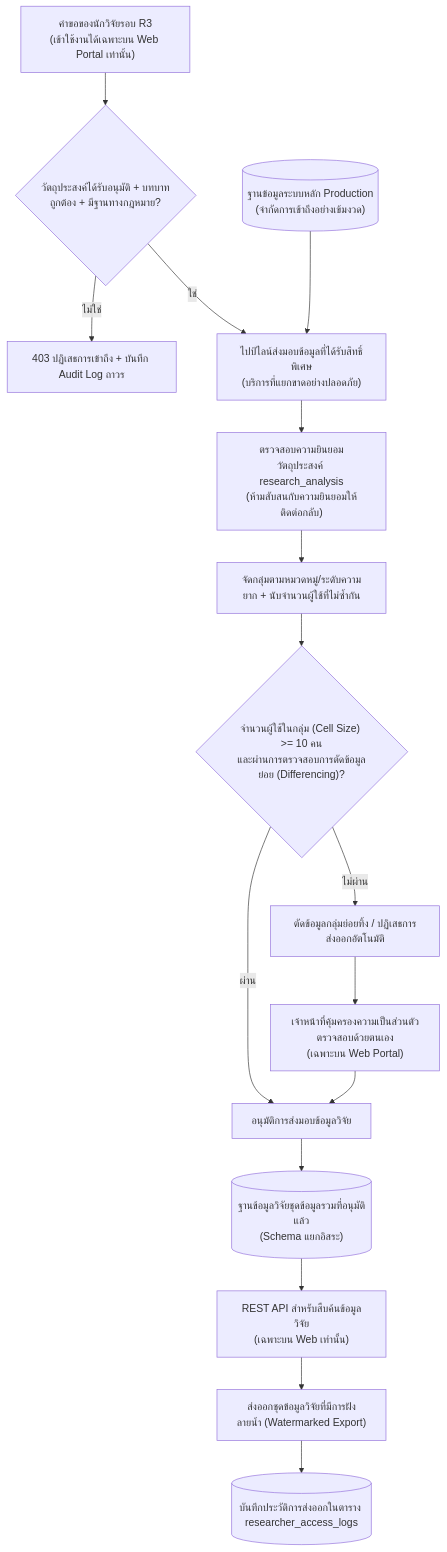
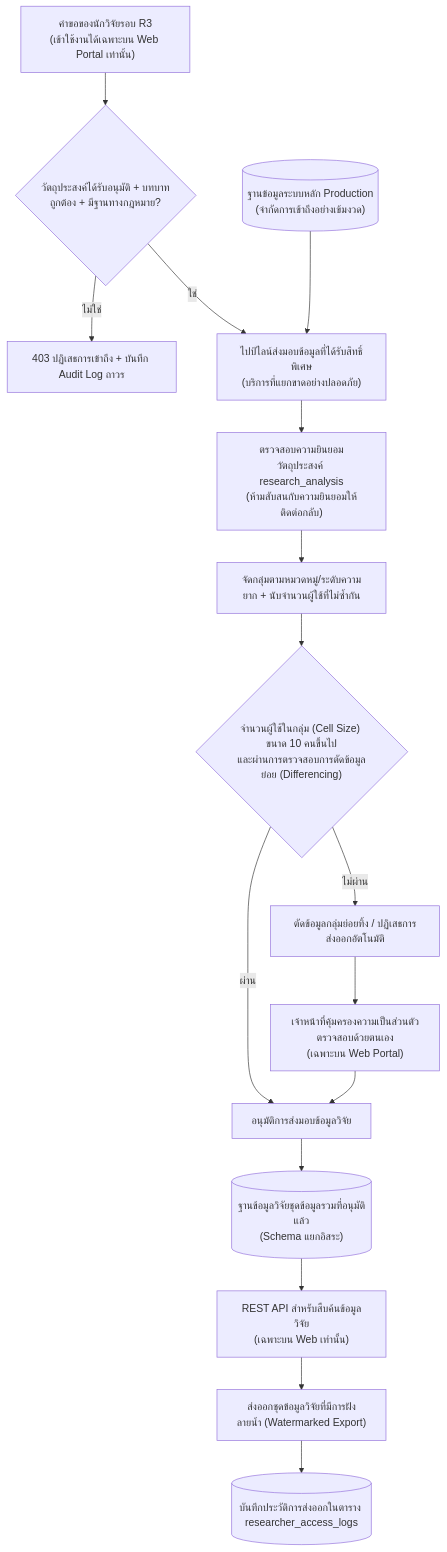
Before and after one commit to Phoomss/interviewx-datahub: diagram 11 of 26 in docs-interviex/03_SRS_Requirements/InterviewX_SRS_Report_Revised_TH.md, drawn with Mermaid. The commit also changed other lines of this file and 21 other files, not shown here.

Commit message:
fix error Unable to render rich display for all diagram

````diff
--- a/docs-interviex/03_SRS_Requirements/InterviewX_SRS_Report_Revised_TH.md
+++ b/docs-interviex/03_SRS_Requirements/InterviewX_SRS_Report_Revised_TH.md
@@ -1236,22 +1236,22 @@
 ```mermaid
 flowchart TD
- Request["คำขอของนักวิจัยรอบ R3\n(เข้าใช้งานได้เฉพาะบน Web Portal เท่านั้น)"] --> Gate{"วัตถุประสงค์ได้รับอนุมัติ + บทบาทถูกต้อง + มีฐานทางกฎหมาย?"}
+ Request["คำขอของนักวิจัยรอบ R3<br/>(เข้าใช้งานได้เฉพาะบน Web Portal เท่านั้น)"] --> Gate{"วัตถุประสงค์ได้รับอนุมัติ + บทบาทถูกต้อง + มีฐานทางกฎหมาย?"}
  Gate -->|ไม่ใช่| Deny["403 ปฏิเสธการเข้าถึง + บันทึก Audit Log ถาวร"]
- Gate -->|ใช่| Pipeline["ไปป์ไลน์ส่งมอบข้อมูลที่ได้รับสิทธิ์พิเศษ\n(บริการที่แยกขาดอย่างปลอดภัย)"]
+ Gate -->|ใช่| Pipeline["ไปป์ไลน์ส่งมอบข้อมูลที่ได้รับสิทธิ์พิเศษ<br/>(บริการที่แยกขาดอย่างปลอดภัย)"]
 
- Source[("ฐานข้อมูลระบบหลัก Production\n(จำกัดการเข้าถึงอย่างเข้มงวด)")] --> Pipeline
- Pipeline --> Eligibility["ตรวจสอบความยินยอมวัตถุประสงค์ research_analysis\n(ห้ามสับสนกับความยินยอมให้ติดต่อกลับ)"]
+ Source[("ฐานข้อมูลระบบหลัก Production<br/>(จำกัดการเข้าถึงอย่างเข้มงวด)")] --> Pipeline
+ Pipeline --> Eligibility["ตรวจสอบความยินยอมวัตถุประสงค์ research_analysis<br/>(ห้ามสับสนกับความยินยอมให้ติดต่อกลับ)"]
  Eligibility --> Aggregate["จัดกลุ่มตามหมวดหมู่/ระดับความยาก + นับจำนวนผู้ใช้ที่ไม่ซ้ำกัน"]
- Aggregate --> Risk{"จำนวนผู้ใช้ในกลุ่ม (Cell Size) >= 10 คน\nและผ่านการตรวจสอบการตัดข้อมูลย่อย (Differencing)?"}
+ Aggregate --> Risk{"จำนวนผู้ใช้ในกลุ่ม (Cell Size) ขนาด 10 คนขึ้นไป<br/>และผ่านการตรวจสอบการตัดข้อมูลย่อย (Differencing)"}
 
  Risk -->|ไม่ผ่าน| Suppress["ตัดข้อมูลกลุ่มย่อยทิ้ง / ปฏิเสธการส่งออกอัตโนมัติ"]
  Risk -->|ผ่าน| Approve["อนุมัติการส่งมอบข้อมูลวิจัย"]
 
- Suppress --> Review["เจ้าหน้าที่คุ้มครองความเป็นส่วนตัวตรวจสอบด้วยตนเอง\n(เฉพาะบน Web Portal)"]
+ Suppress --> Review["เจ้าหน้าที่คุ้มครองความเป็นส่วนตัวตรวจสอบด้วยตนเอง<br/>(เฉพาะบน Web Portal)"]
  Review --> Approve
 
- Approve --> Store[("ฐานข้อมูลวิจัยชุดข้อมูลรวมที่อนุมัติแล้ว\n(Schema แยกอิสระ)")]
- Store --> API["REST API สำหรับสืบค้นข้อมูลวิจัย\n(เฉพาะบน Web เท่านั้น)"]
+ Approve --> Store[("ฐานข้อมูลวิจัยชุดข้อมูลรวมที่อนุมัติแล้ว<br/>(Schema แยกอิสระ)")]
+ Store --> API["REST API สำหรับสืบค้นข้อมูลวิจัย<br/>(เฉพาะบน Web เท่านั้น)"]
  API --> Export["ส่งออกชุดข้อมูลวิจัยที่มีการฝังลายน้ำ (Watermarked Export)"]
  Export --> Audit[("บันทึกประวัติการส่งออกในตาราง researcher_access_logs")]
 ```
````
